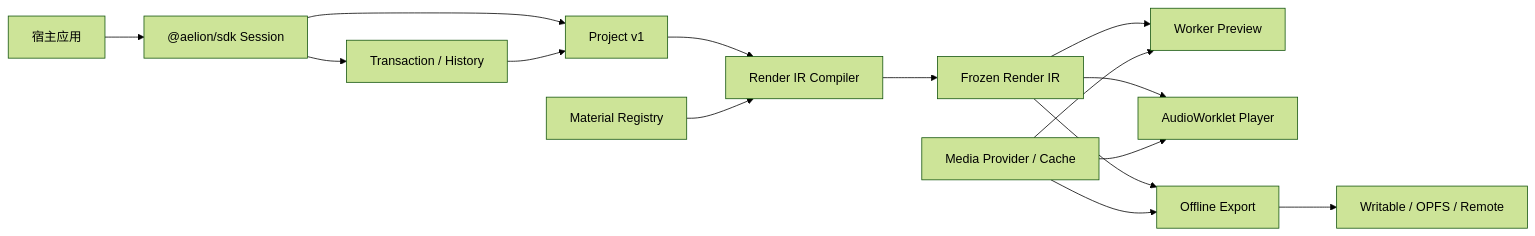
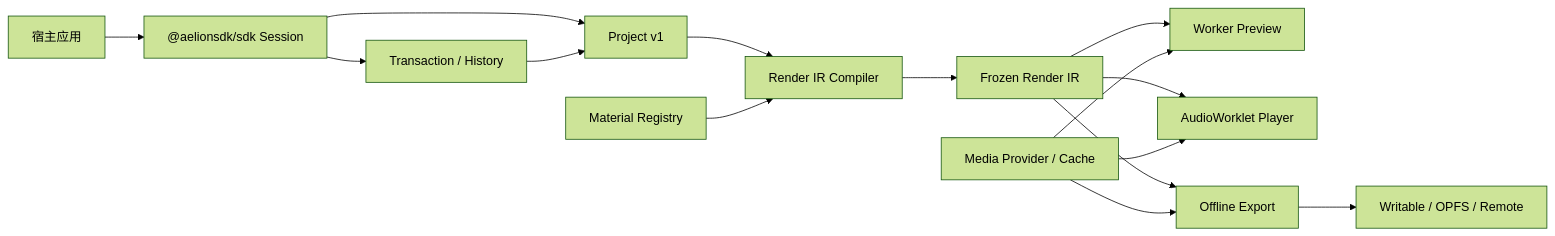
The first of 2 diagrams in apps/docs/src/content/docs/concepts/architecture.md (FoyonaCZY/AelionSDK), drawn with Mermaid (forest theme) before and after one commit. The commit also changed 203 other files, not shown here.

````diff
--- a/apps/docs/src/content/docs/concepts/architecture.md
+++ b/apps/docs/src/content/docs/concepts/architecture.md
@@ -12,17 +12,17 @@
 ```mermaid
 flowchart LR
-  Host["宿主应用"] --> SDK["@aelion/sdk Session"]
+  Host["宿主应用"] --> SDK["@aelionsdk/sdk Session"]
   SDK --> Project["Project v1"]
   SDK --> Tx["Transaction / History"]
   Tx --> Project
   Project --> Compiler["Render IR Compiler"]
   Materials["Material Registry"] --> Compiler
   Compiler --> IR["Frozen Render IR"]
   IR --> Preview["Worker Preview"]
   IR --> Player["AudioWorklet Player"]
   IR --> Export["Offline Export"]
   Media["Media Provider / Cache"] --> Preview
   Media --> Player
   Media --> Export
   Export --> Sink["Writable / OPFS / Remote"]
 ```
````
